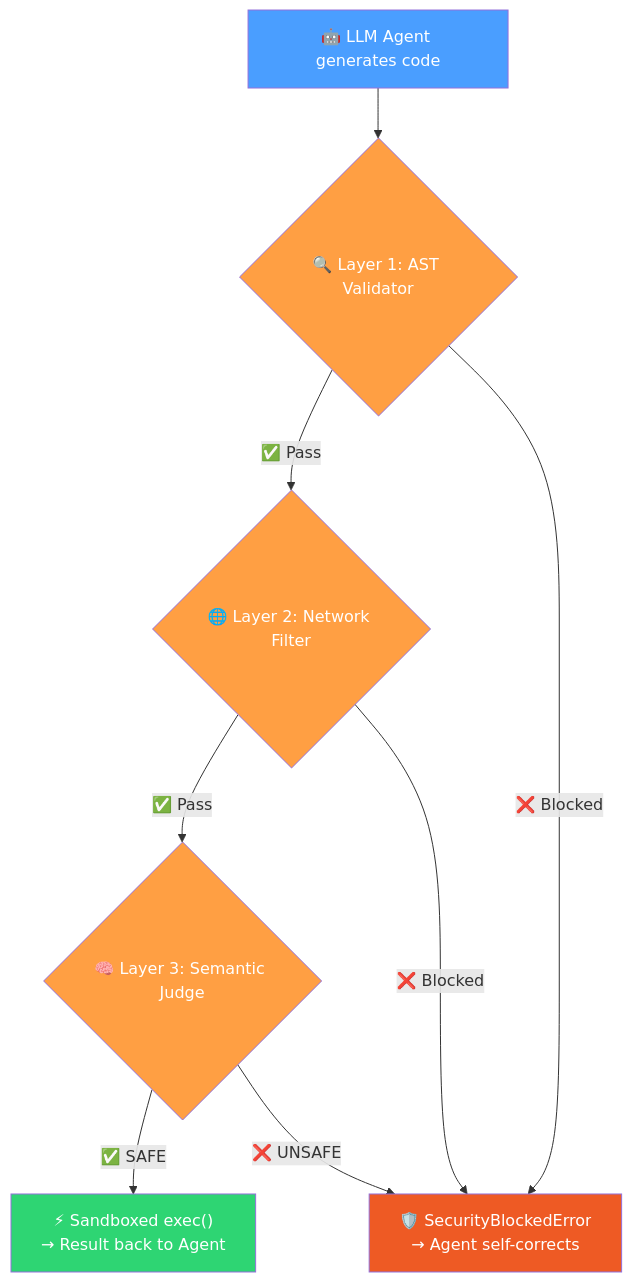
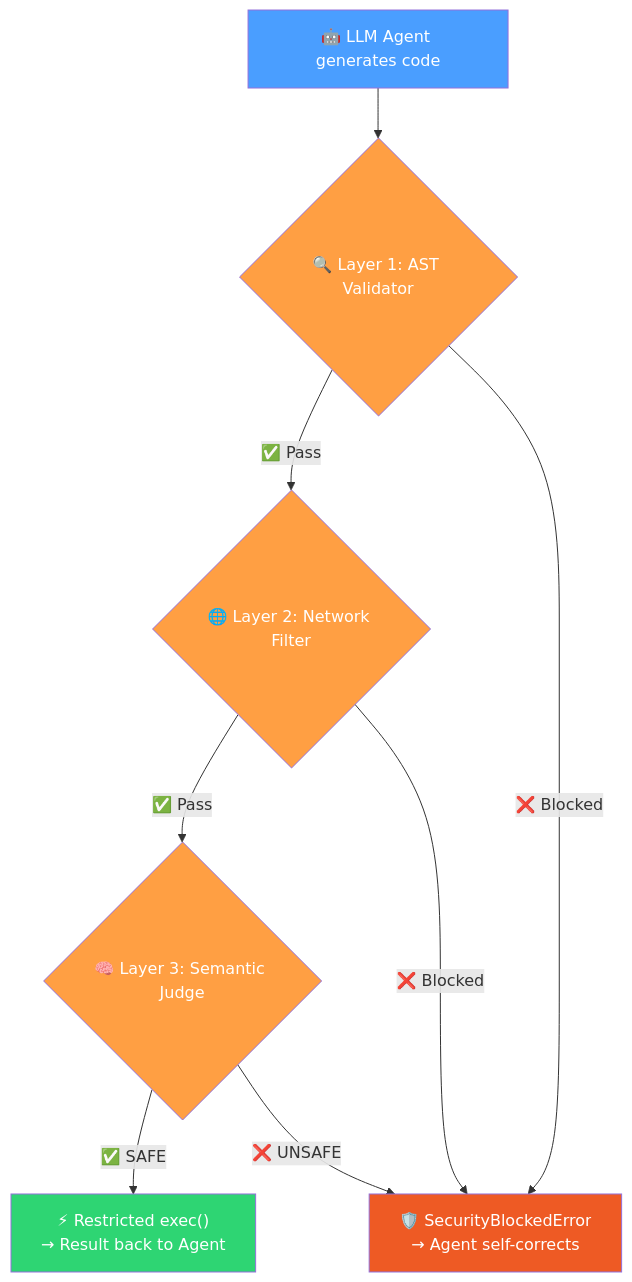
One commit to Thomas-LEON/agentguard changed the diagram in README.md. Above: the diagram before and after it, drawn with Mermaid. The commit also changed other lines of this file and 5 other files, not shown here.

````diff
--- a/README.md
+++ b/README.md
@@ -36,17 +35,17 @@
 ```mermaid
 flowchart TD
     A["🤖 LLM Agent generates code"] --> B{"🔍 Layer 1: AST Validator"}
     B -->|"✅ Pass"| C{"🌐 Layer 2: Network Filter"}
     B -->|"❌ Blocked"| E["🛡️ SecurityBlockedError\n→ Agent self-corrects"]
     C -->|"✅ Pass"| D{"🧠 Layer 3: Semantic Judge"}
     C -->|"❌ Blocked"| E
-    D -->|"✅ SAFE"| F["⚡ Sandboxed exec()\n→ Result back to Agent"]
+    D -->|"✅ SAFE"| F["⚡ Restricted exec()\n→ Result back to Agent"]
     D -->|"❌ UNSAFE"| E
 
     style A fill:#4a9eff,color:#fff
     style B fill:#ff9f43,color:#fff
     style C fill:#ff9f43,color:#fff
     style D fill:#ff9f43,color:#fff
     style E fill:#ee5a24,color:#fff
     style F fill:#2ed573,color:#fff
 ```
````
